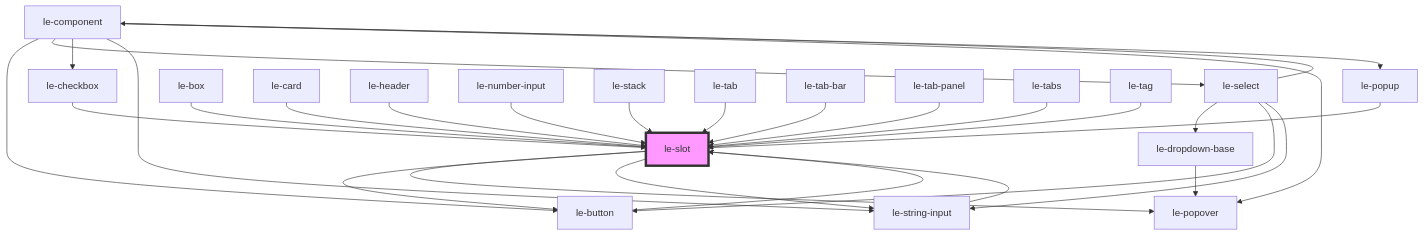
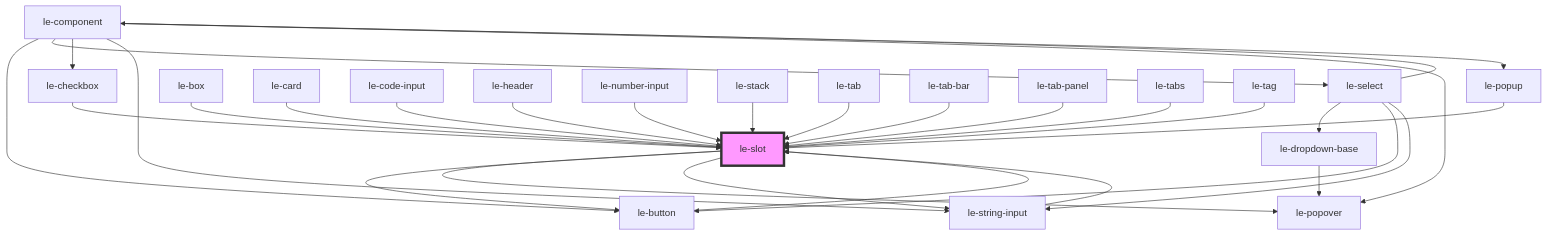
One commit to leechy/le-kit changed the diagram in src/components/le-slot/readme.md. Above: the diagram before and after it, drawn with Mermaid. The commit also changed other lines of this file and 7 other files, not shown here.

````diff
--- a/src/components/le-slot/readme.md
+++ b/src/components/le-slot/readme.md
@@ -73,32 +74,33 @@
 ```mermaid
 graph TD;
   le-slot --> le-popover
   le-slot --> le-button
   le-slot --> le-string-input
   le-button --> le-slot
   le-component --> le-button
   le-component --> le-select
   le-component --> le-checkbox
   le-component --> le-string-input
   le-component --> le-popover
   le-component --> le-popup
   le-select --> le-component
   le-select --> le-dropdown-base
   le-select --> le-button
   le-select --> le-string-input
   le-dropdown-base --> le-popover
   le-string-input --> le-slot
   le-checkbox --> le-slot
   le-popup --> le-slot
   le-box --> le-slot
   le-card --> le-slot
+  le-code-input --> le-slot
   le-header --> le-slot
   le-number-input --> le-slot
   le-stack --> le-slot
   le-tab --> le-slot
   le-tab-bar --> le-slot
   le-tab-panel --> le-slot
   le-tabs --> le-slot
   le-tag --> le-slot
   style le-slot fill:#f9f,stroke:#333,stroke-width:4px
 ```
````
